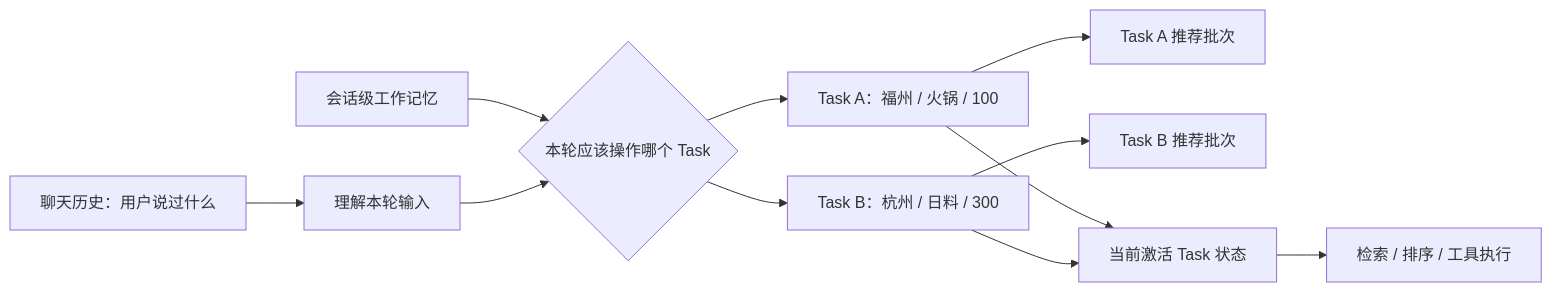
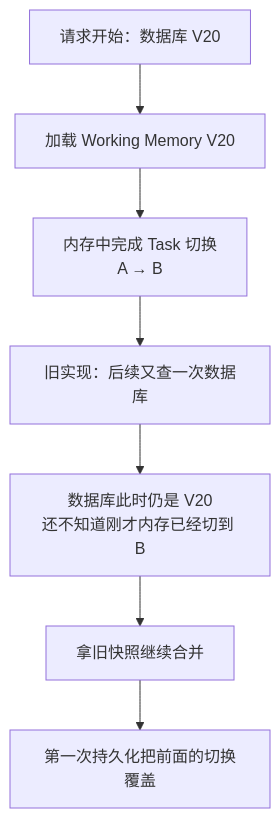
Before and after one commit to huwuhu6/dp-plus: the first of 2 diagrams in doc/01_多轮对话状态与工作记忆——开发故事与面试准备.md, drawn with Mermaid. The commit also changed other lines of this file, not shown here.

````diff
--- a/doc/01_多轮对话状态与工作记忆——开发故事与面试准备.md
+++ b/doc/01_多轮对话状态与工作记忆——开发故事与面试准备.md
@@ -58,13 +207,9 @@
 ```mermaid
-flowchart LR
-    H[聊天历史：用户说过什么] --> U[理解本轮输入]
-    WM[会话级工作记忆] --> T{本轮应该操作哪个 Task}
-    U --> T
-    T --> A[Task A：福州 / 火锅 / 100]
-    T --> B[Task B：杭州 / 日料 / 300]
-    A --> RA[Task A 推荐批次]
-    B --> RB[Task B 推荐批次]
-    A --> P[当前激活 Task 状态]
-    B --> P
-    P --> E[检索 / 排序 / 工具执行]
+flowchart TD
+    A[请求开始：数据库 V20] --> B[加载 Working Memory V20]
+    B --> C[内存中完成 Task 切换\nA → B]
+    C --> D[旧实现：后续又查一次数据库]
+    D --> E[数据库此时仍是 V20\n还不知道刚才内存已经切到 B]
+    E --> F[拿旧快照继续合并]
+    F --> G[第一次持久化把前面的切换覆盖]
 ```
````
